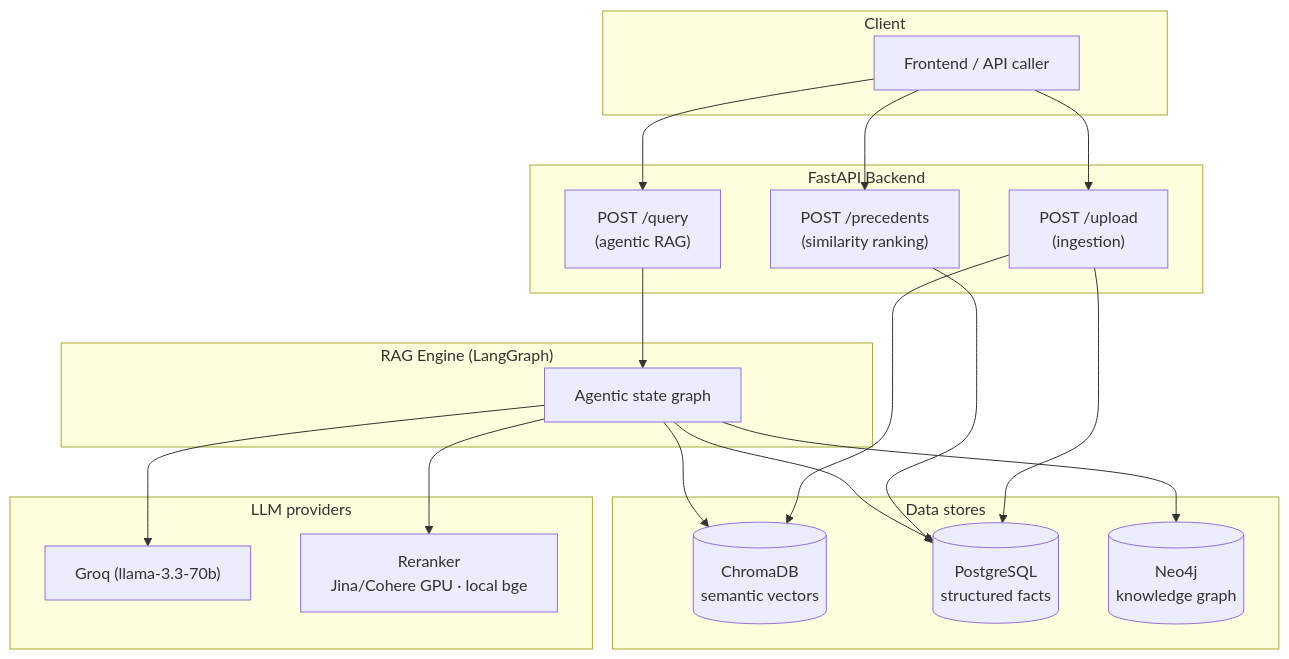
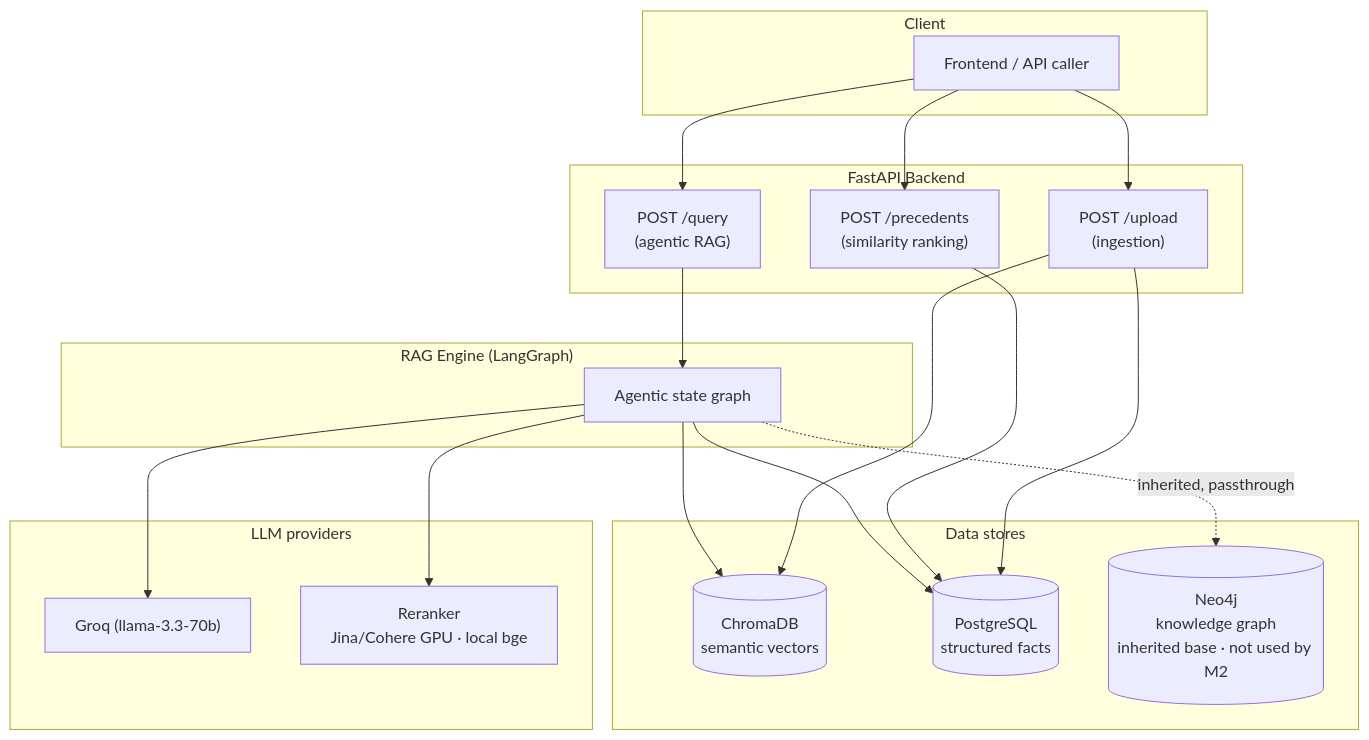
The second of 7 diagrams in M2-repondre/ARCHITECTURE.md (adeilm/RAG-Q-A), drawn with Mermaid before and after one commit. The commit also changed other lines of this file and 1 other file, not shown here.

````diff
--- a/M2-repondre/ARCHITECTURE.md
+++ b/M2-repondre/ARCHITECTURE.md
@@ -36,35 +36,36 @@
 ```mermaid
 flowchart TB
     subgraph Client
         UI["Frontend / API caller"]
     end
 
     subgraph API["FastAPI Backend"]
         QEP["POST /query<br/>(agentic RAG)"]
         PEP["POST /precedents<br/>(similarity ranking)"]
         UEP["POST /upload<br/>(ingestion)"]
     end
 
     subgraph Engine["RAG Engine (LangGraph)"]
         GRAPH["Agentic state graph"]
     end
 
     subgraph Stores["Data stores"]
         CH[("ChromaDB<br/>semantic vectors")]
         PG[("PostgreSQL<br/>structured facts")]
-        NEO[("Neo4j<br/>knowledge graph")]
+        NEO[("Neo4j<br/>knowledge graph<br/>inherited base · not used by M2")]
     end
 
     subgraph LLM["LLM providers"]
         GROQ["Groq (llama-3.3-70b)"]
         RER["Reranker<br/>Jina/Cohere GPU · local bge"]
     end
 
     UI --> QEP & PEP & UEP
     QEP --> GRAPH
-    GRAPH --> CH & PG & NEO
+    GRAPH --> CH & PG
+    GRAPH -.->|inherited, passthrough| NEO
     GRAPH --> GROQ
     GRAPH --> RER
     PEP --> PG
     UEP --> CH & PG
 ```
````
